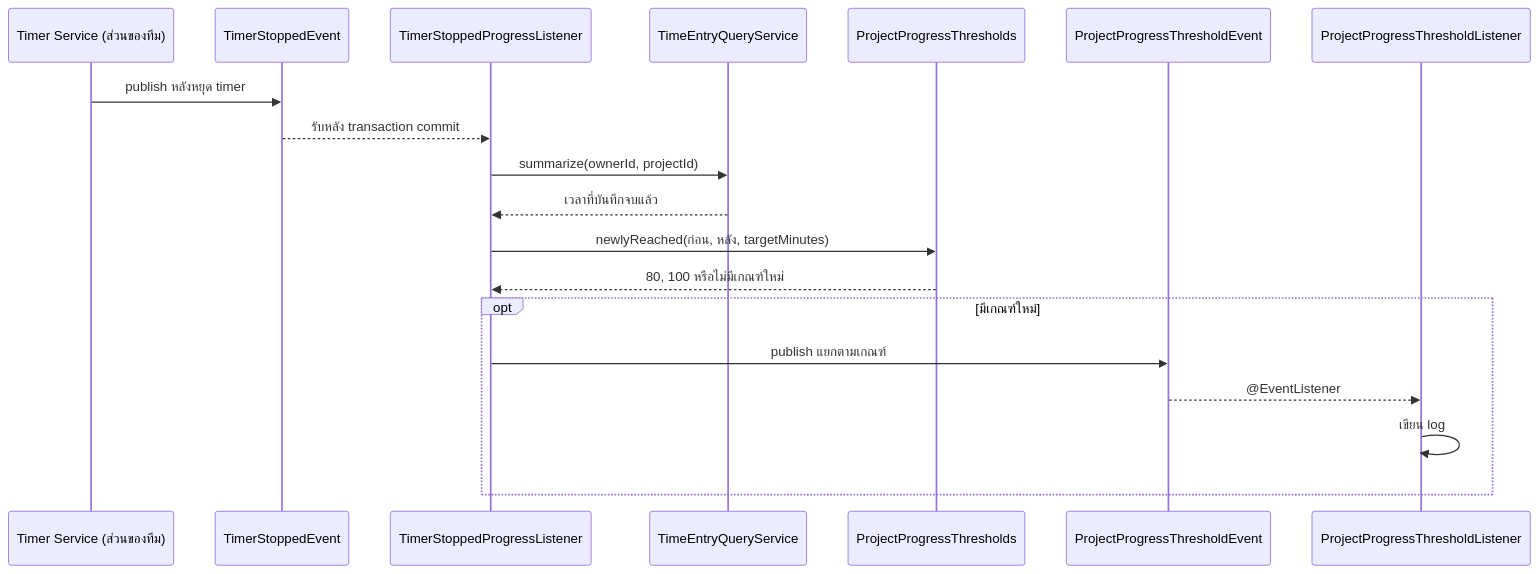
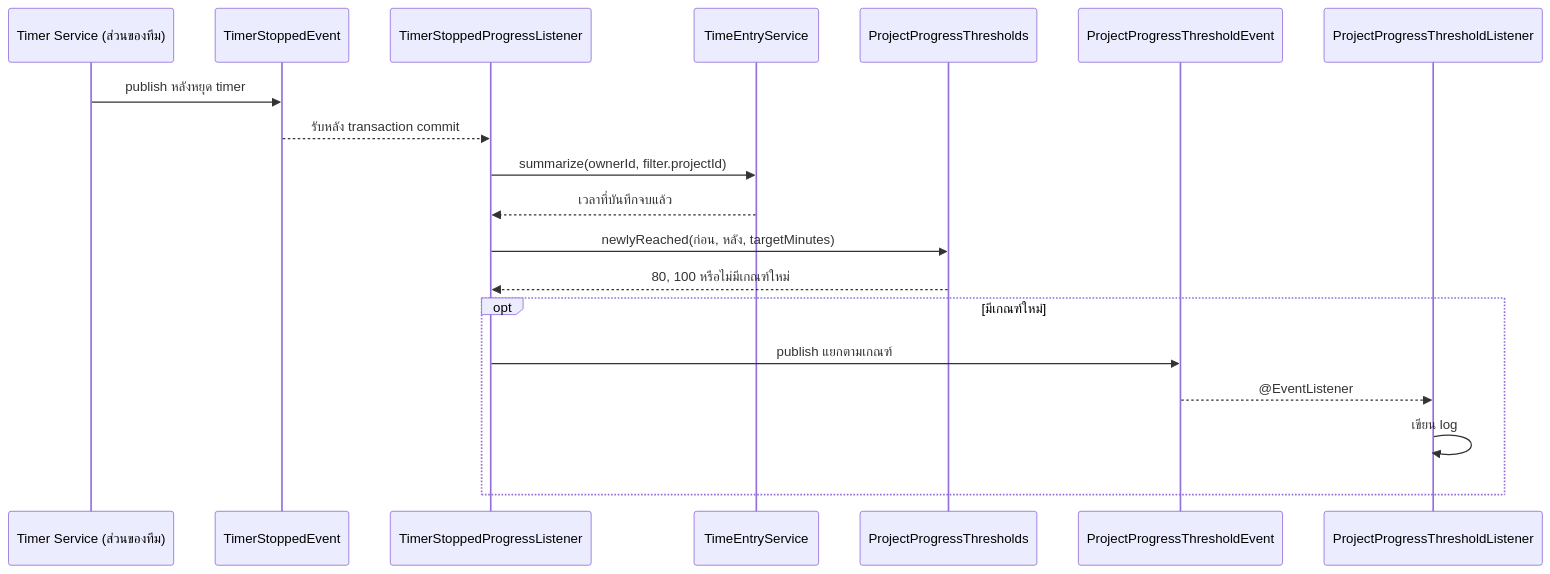
Before and after one commit to lillianxhub/freelance-hub: the second of 2 diagrams in doc/V1/DESIGN/kantavit-design.md, drawn with Mermaid. The commit also changed other lines of this file and 2 other files, not shown here.

````diff
--- a/doc/V1/DESIGN/kantavit-design.md
+++ b/doc/V1/DESIGN/kantavit-design.md
@@ -66,21 +68,21 @@
 ```mermaid
 sequenceDiagram
     participant T as Timer Service (ส่วนของทีม)
     participant E as TimerStoppedEvent
     participant L as TimerStoppedProgressListener
-    participant Q as TimeEntryQueryService
+    participant Q as TimeEntryService
     participant H as ProjectProgressThresholds
     participant P as ProjectProgressThresholdEvent
     participant O as ProjectProgressThresholdListener
     T->>E: publish หลังหยุด timer
     E-->>L: รับหลัง transaction commit
-    L->>Q: summarize(ownerId, projectId)
+    L->>Q: summarize(ownerId, filter.projectId)
     Q-->>L: เวลาที่บันทึกจบแล้ว
     L->>H: newlyReached(ก่อน, หลัง, targetMinutes)
     H-->>L: 80, 100 หรือไม่มีเกณฑ์ใหม่
     opt มีเกณฑ์ใหม่
         L->>P: publish แยกตามเกณฑ์
         P-->>O: @EventListener
         O->>O: เขียน log
     end
 ```
````
